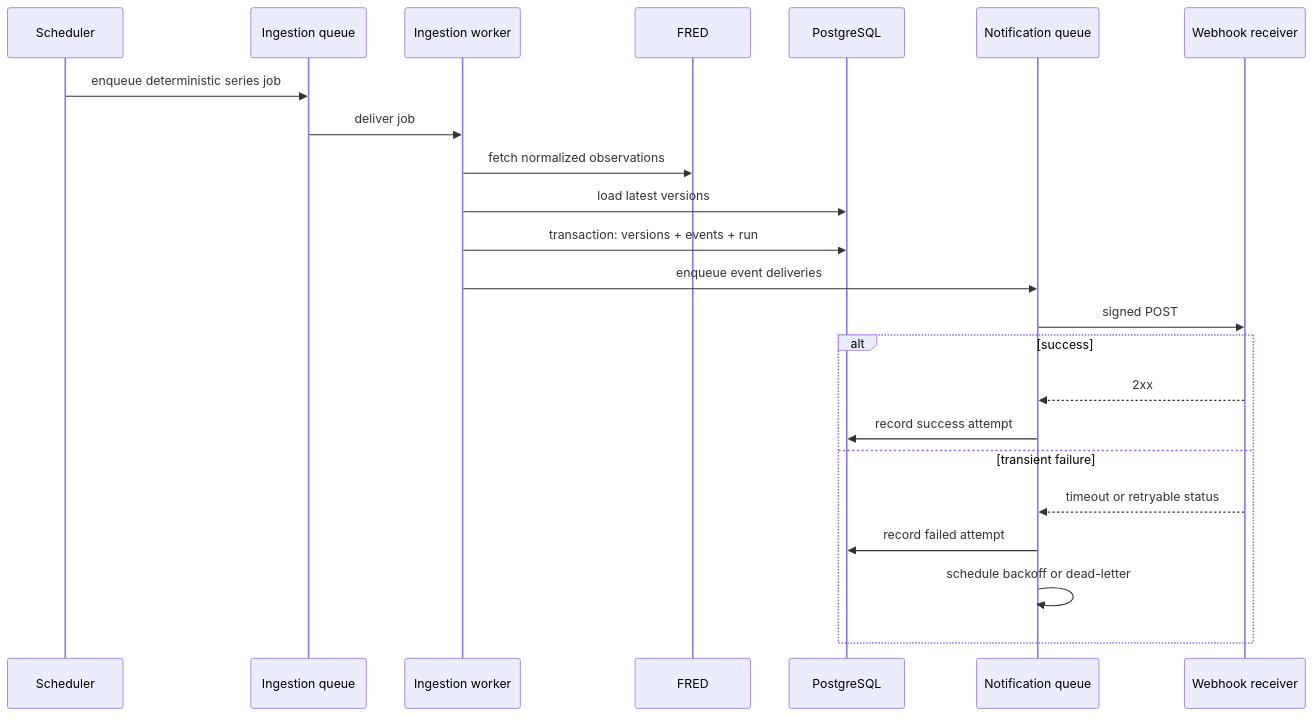
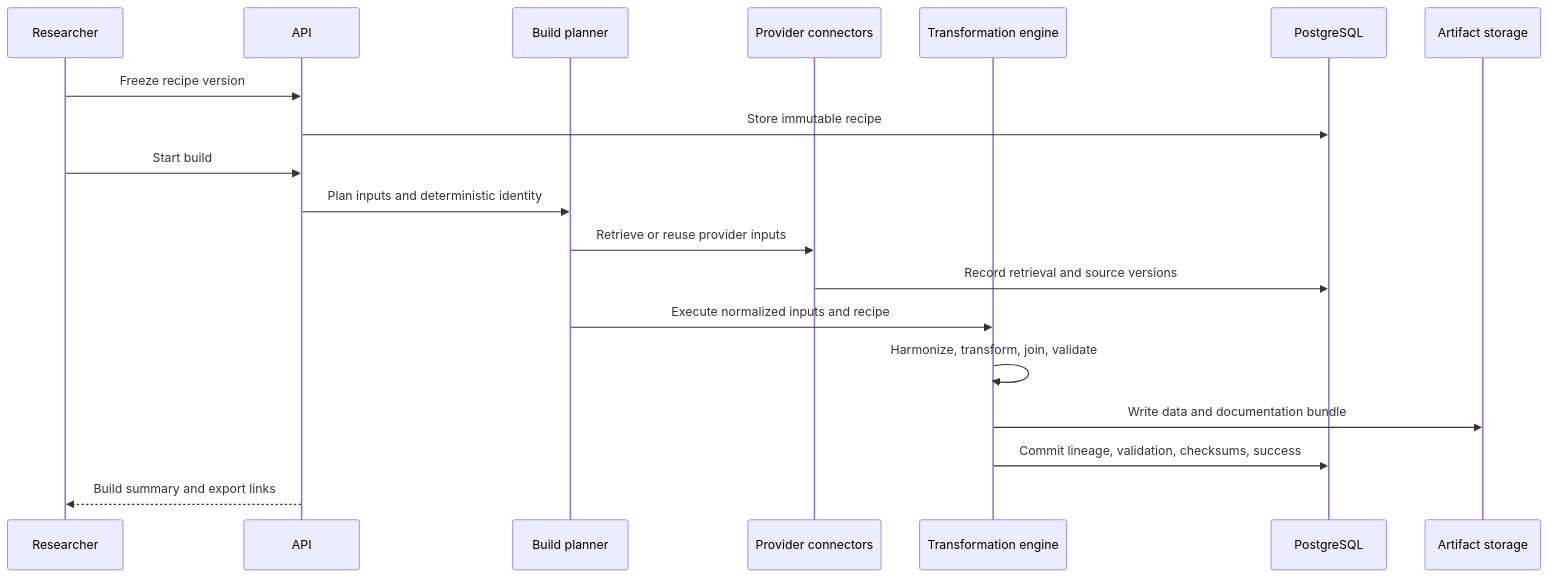
Before and after one commit to atharvanaik06/economic-release-tracker: the second of 3 diagrams in docs/SYSTEM_DESIGN.md, drawn with Mermaid. The commit also changed other lines of this file and 5 other files, not shown here.

````diff
--- a/docs/SYSTEM_DESIGN.md
+++ b/docs/SYSTEM_DESIGN.md
@@ -214,26 +214,22 @@
 ```mermaid
 sequenceDiagram
-    participant S as Scheduler
-    participant Q as Ingestion queue
-    participant W as Ingestion worker
-    participant F as FRED
+    participant U as Researcher
+    participant A as API
+    participant P as Build planner
+    participant C as Provider connectors
+    participant E as Transformation engine
     participant D as PostgreSQL
-    participant N as Notification queue
-    participant H as Webhook receiver
+    participant F as Artifact storage
 
-    S->>Q: enqueue deterministic series job
-    Q->>W: deliver job
-    W->>F: fetch normalized observations
-    W->>D: load latest versions
-    W->>D: transaction: versions + events + run
-    W->>N: enqueue event deliveries
-    N->>H: signed POST
-    alt success
-        H-->>N: 2xx
-        N->>D: record success attempt
-    else transient failure
-        H-->>N: timeout or retryable status
-        N->>D: record failed attempt
-        N->>N: schedule backoff or dead-letter
-    end
+    U->>A: Freeze recipe version
+    A->>D: Store immutable recipe
+    U->>A: Start build
+    A->>P: Plan inputs and deterministic identity
+    P->>C: Retrieve or reuse provider inputs
+    C->>D: Record retrieval and source versions
+    P->>E: Execute normalized inputs and recipe
+    E->>E: Harmonize, transform, join, validate
+    E->>F: Write data and documentation bundle
+    E->>D: Commit lineage, validation, checksums, success
+    A-->>U: Build summary and export links
 ```
````
